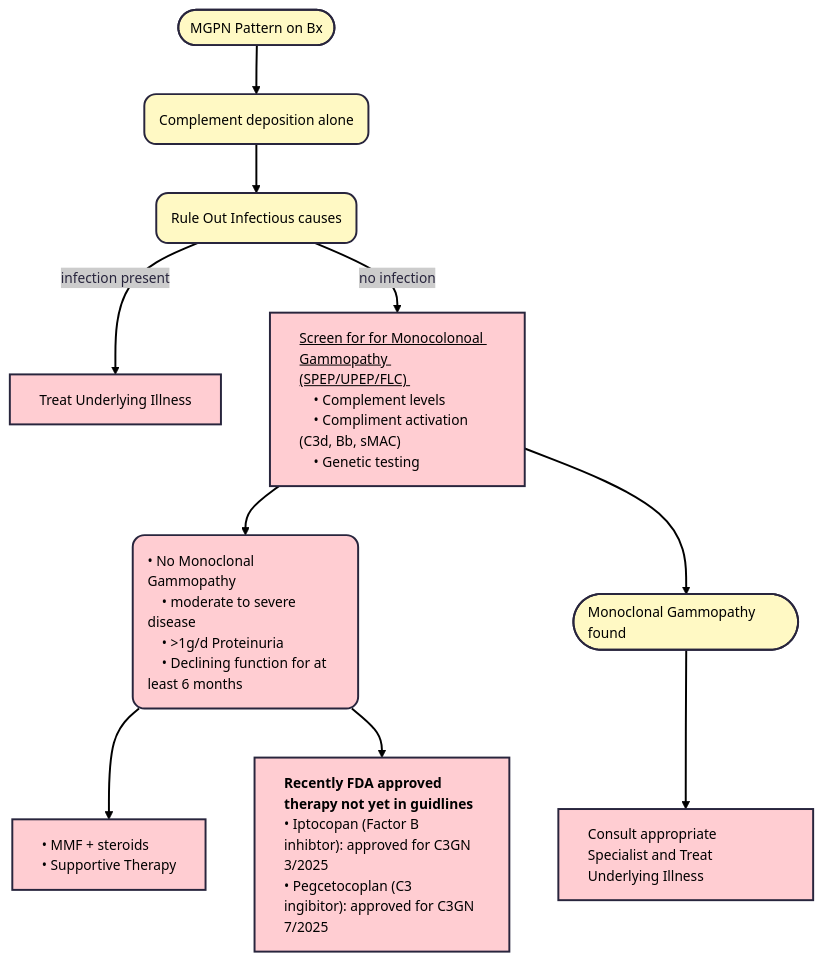
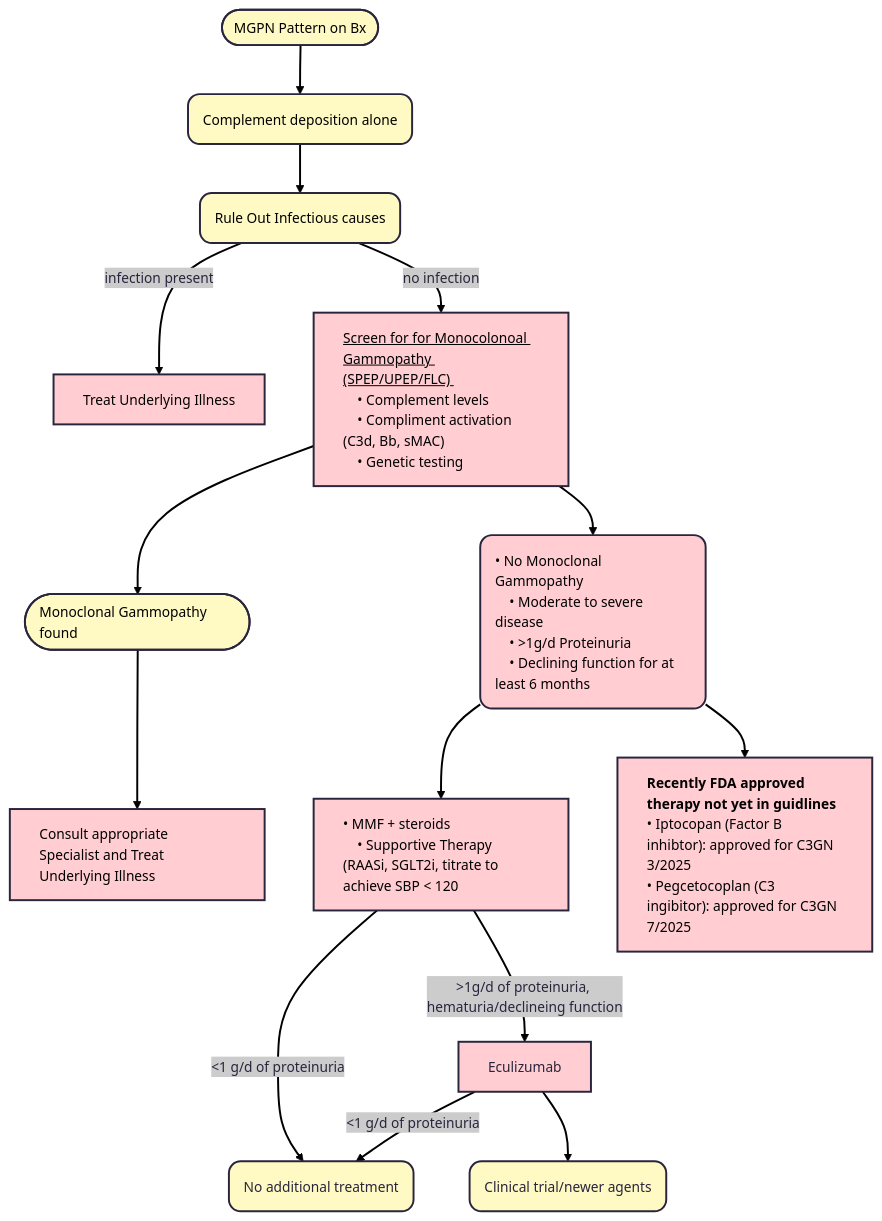
Before and after one commit to TTUNEPH2025/GN: the third of 4 diagrams in docs/MPGN-C3GN.md, drawn with Mermaid.

````diff
--- a/docs/MPGN-C3GN.md
+++ b/docs/MPGN-C3GN.md
@@ -153,37 +153,47 @@
 ```mermaid
 ---
 config:
   theme: redux
 ---
 flowchart TB
     A(["MGPN Pattern on Bx"]) --> n2["Complement deposition alone"]
     n8["Rule Out Infectious causes"] -- infection present --> n23["Treat Underlying Illness"]
     n8 -- no infection --> n24["<ins>Screen for for Monocolonoal Gammopathy (SPEP/UPEP/FLC) </ins>
     • Complement levels
     • Compliment activation (C3d, Bb, sMAC)
     • Genetic testing"]
     n24 --> n30["• No Monoclonal Gammopathy
-    • moderate to severe disease
+    • Moderate to severe disease
     • >1g/d Proteinuria
     • Declining function for at least 6 months"] & n31(["Monoclonal Gammopathy found"])
     n31 --> n32["Consult appropriate Specialist and Treat Underlying Illness"]
     n30 --> n33["• MMF + steroids
-    • Supportive Therapy"] & n34["`**Recently FDA approved therapy not yet in guidlines**
+    • Supportive Therapy (RAASi, SGLT2i, titrate to achieve SBP &lt; 120"] & n34["`**Recently FDA approved therapy not yet in guidlines**
     • Iptocopan (Factor B inhibtor): approved for C3GN 3/2025
     • Pegcetocoplan (C3 ingibitor): approved for C3GN 7/2025`"]
     n2 --> n8
+    n33 -- &lt;1 g/d of proteinuria --> n35["No additional treatment"]
+    n33 -- >1g/d of proteinuria, hematuria/declineing function --> n36["Eculizumab"]
+    n36 -- &lt;1 g/d of proteinuria --> n35
+    n36 --> n37["Clinical trial/newer agents"]
 
     n2@{ shape: rounded}
     n8@{ shape: rounded}
     n30@{ shape: rounded}
+    n35@{ shape: rounded}
+    n36@{ shape: rect}
+    n37@{ shape: rounded}
     style A color:#000000,fill:#FFF9C4,text-align:left
     style n2 color:#000000,fill:#FFF9C4,text-align:left
     style n8 color:#000000,fill:#FFF9C4,text-align:left
     style n23 fill:#FFCDD2,color:#000000,text-align:left
     style n24 fill:#FFCDD2,color:#000000,text-align:left
     style n30 fill:#FFCDD2,color:#000000,text-align:left
     style n31 color:#000000,fill:#FFF9C4,text-align:left
     style n32 fill:#FFCDD2,color:#000000,text-align:left
     style n33 fill:#FFCDD2,color:#000000,text-align:left
     style n34 fill:#FFCDD2,color:#000000,text-align:left
+    style n35 fill:#FFF9C4
+    style n36 fill:#FFCDD2
+    style n37 fill:#FFF9C4
 ```
````
